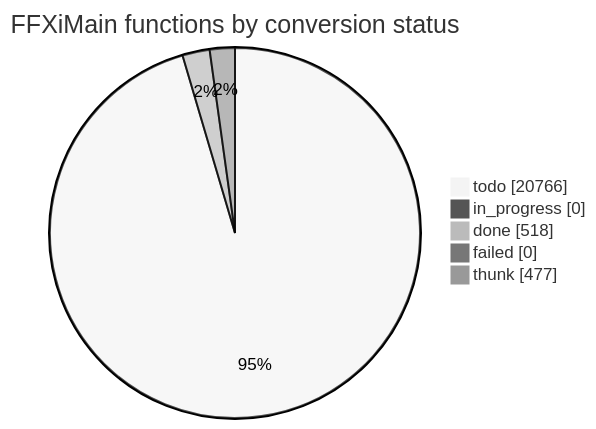
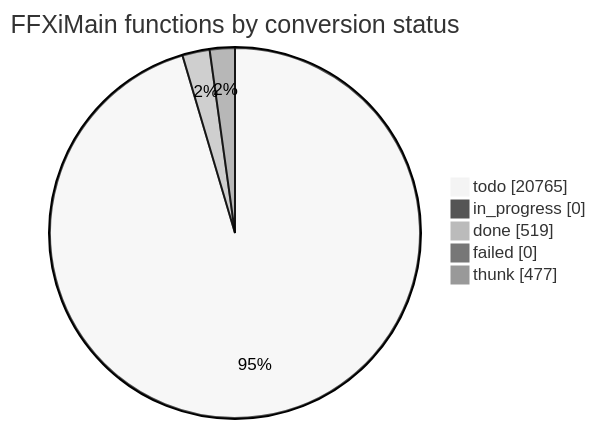
Before and after one commit to cowrevenge/cow_kuluu_xi_anything: the diagram in docs/cow/STATUS.md, drawn with Mermaid (neutral theme). The commit also changed other lines of this file and 9 other files, not shown here.

````diff
--- a/docs/cow/STATUS.md
+++ b/docs/cow/STATUS.md
@@ -18,9 +18,9 @@
 ```mermaid
 pie showData
     title FFXiMain functions by conversion status
-    "todo" : 20766
+    "todo" : 20765
     "in_progress" : 0
-    "done" : 518
+    "done" : 519
     "failed" : 0
     "thunk" : 477
 ```
````
